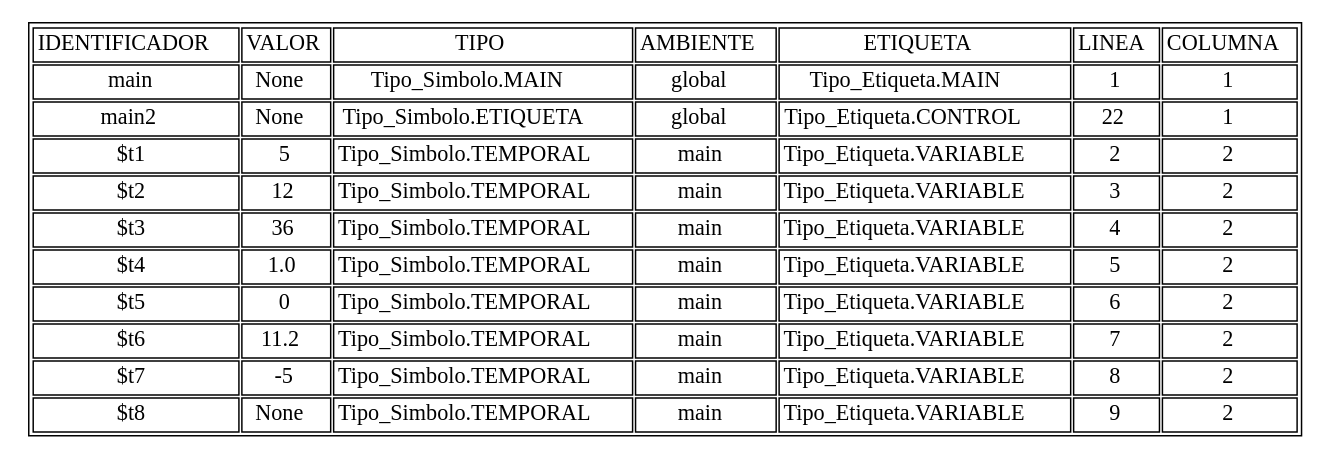
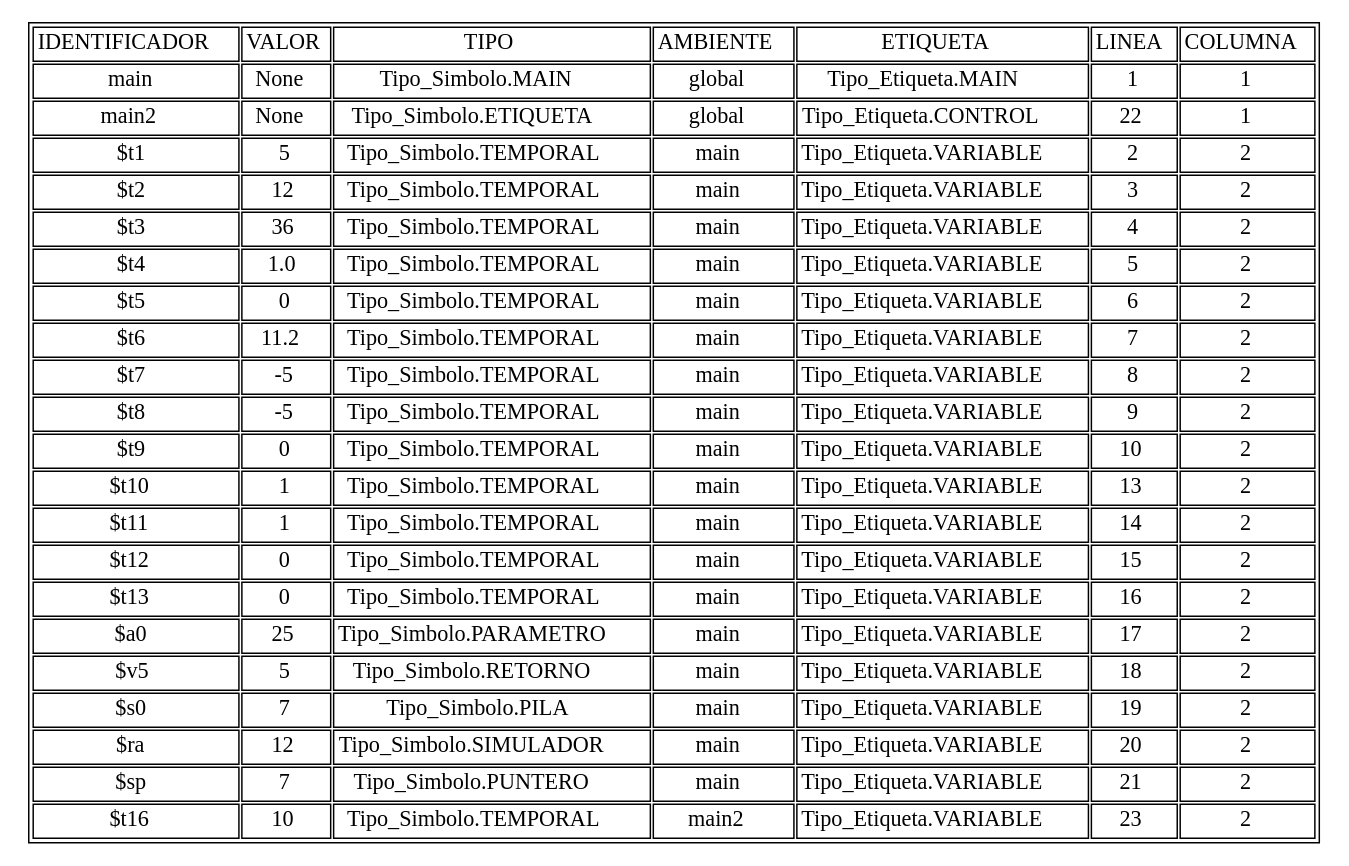
One commit to AndreeAvalos/OLC2-AUGUS changed the diagram in tablasimbolos.dot. Above: the diagram before and after it, drawn with Graphviz. The commit also changed 2 other files, not shown here.

```diff
--- a/tablasimbolos.dot
+++ b/tablasimbolos.dot
@@ -1,18 +1,29 @@
 digraph tabla{
 graph [ratio=fill];node [label="\N", fontsize=15, shape=plaintext];
 graph [bb="0,0,352,154"];
 arset [label=<<TABLE ALIGN="LEFT">
 <TR><TD>IDENTIFICADOR</TD><TD>VALOR</TD><TD>TIPO</TD><TD>AMBIENTE</TD><TD>ETIQUETA</TD><TD>LINEA</TD><TD>COLUMNA</TD></TR>
 <TR><TD>main</TD><TD>None</TD><TD>Tipo_Simbolo.MAIN</TD><TD>global</TD><TD>Tipo_Etiqueta.MAIN</TD><TD>1</TD><TD>1</TD></TR>
 <TR><TD>main2</TD><TD>None</TD><TD>Tipo_Simbolo.ETIQUETA</TD><TD>global</TD><TD>Tipo_Etiqueta.CONTROL</TD><TD>22</TD><TD>1</TD></TR>
 <TR><TD>$t1</TD><TD>5</TD><TD>Tipo_Simbolo.TEMPORAL</TD><TD>main</TD><TD>Tipo_Etiqueta.VARIABLE</TD><TD>2</TD><TD>2</TD></TR>
 <TR><TD>$t2</TD><TD>12</TD><TD>Tipo_Simbolo.TEMPORAL</TD><TD>main</TD><TD>Tipo_Etiqueta.VARIABLE</TD><TD>3</TD><TD>2</TD></TR>
 <TR><TD>$t3</TD><TD>36</TD><TD>Tipo_Simbolo.TEMPORAL</TD><TD>main</TD><TD>Tipo_Etiqueta.VARIABLE</TD><TD>4</TD><TD>2</TD></TR>
 <TR><TD>$t4</TD><TD>1.0</TD><TD>Tipo_Simbolo.TEMPORAL</TD><TD>main</TD><TD>Tipo_Etiqueta.VARIABLE</TD><TD>5</TD><TD>2</TD></TR>
 <TR><TD>$t5</TD><TD>0</TD><TD>Tipo_Simbolo.TEMPORAL</TD><TD>main</TD><TD>Tipo_Etiqueta.VARIABLE</TD><TD>6</TD><TD>2</TD></TR>
 <TR><TD>$t6</TD><TD>11.2</TD><TD>Tipo_Simbolo.TEMPORAL</TD><TD>main</TD><TD>Tipo_Etiqueta.VARIABLE</TD><TD>7</TD><TD>2</TD></TR>
 <TR><TD>$t7</TD><TD>-5</TD><TD>Tipo_Simbolo.TEMPORAL</TD><TD>main</TD><TD>Tipo_Etiqueta.VARIABLE</TD><TD>8</TD><TD>2</TD></TR>
-<TR><TD>$t8</TD><TD>None</TD><TD>Tipo_Simbolo.TEMPORAL</TD><TD>main</TD><TD>Tipo_Etiqueta.VARIABLE</TD><TD>9</TD><TD>2</TD></TR>
+<TR><TD>$t8</TD><TD>-5</TD><TD>Tipo_Simbolo.TEMPORAL</TD><TD>main</TD><TD>Tipo_Etiqueta.VARIABLE</TD><TD>9</TD><TD>2</TD></TR>
+<TR><TD>$t9</TD><TD>0</TD><TD>Tipo_Simbolo.TEMPORAL</TD><TD>main</TD><TD>Tipo_Etiqueta.VARIABLE</TD><TD>10</TD><TD>2</TD></TR>
+<TR><TD>$t10</TD><TD>1</TD><TD>Tipo_Simbolo.TEMPORAL</TD><TD>main</TD><TD>Tipo_Etiqueta.VARIABLE</TD><TD>13</TD><TD>2</TD></TR>
+<TR><TD>$t11</TD><TD>1</TD><TD>Tipo_Simbolo.TEMPORAL</TD><TD>main</TD><TD>Tipo_Etiqueta.VARIABLE</TD><TD>14</TD><TD>2</TD></TR>
+<TR><TD>$t12</TD><TD>0</TD><TD>Tipo_Simbolo.TEMPORAL</TD><TD>main</TD><TD>Tipo_Etiqueta.VARIABLE</TD><TD>15</TD><TD>2</TD></TR>
+<TR><TD>$t13</TD><TD>0</TD><TD>Tipo_Simbolo.TEMPORAL</TD><TD>main</TD><TD>Tipo_Etiqueta.VARIABLE</TD><TD>16</TD><TD>2</TD></TR>
+<TR><TD>$a0</TD><TD>25</TD><TD>Tipo_Simbolo.PARAMETRO</TD><TD>main</TD><TD>Tipo_Etiqueta.VARIABLE</TD><TD>17</TD><TD>2</TD></TR>
+<TR><TD>$v5</TD><TD>5</TD><TD>Tipo_Simbolo.RETORNO</TD><TD>main</TD><TD>Tipo_Etiqueta.VARIABLE</TD><TD>18</TD><TD>2</TD></TR>
+<TR><TD>$s0</TD><TD>7</TD><TD>Tipo_Simbolo.PILA</TD><TD>main</TD><TD>Tipo_Etiqueta.VARIABLE</TD><TD>19</TD><TD>2</TD></TR>
+<TR><TD>$ra</TD><TD>12</TD><TD>Tipo_Simbolo.SIMULADOR</TD><TD>main</TD><TD>Tipo_Etiqueta.VARIABLE</TD><TD>20</TD><TD>2</TD></TR>
+<TR><TD>$sp</TD><TD>7</TD><TD>Tipo_Simbolo.PUNTERO</TD><TD>main</TD><TD>Tipo_Etiqueta.VARIABLE</TD><TD>21</TD><TD>2</TD></TR>
+<TR><TD>$t16</TD><TD>10</TD><TD>Tipo_Simbolo.TEMPORAL</TD><TD>main2</TD><TD>Tipo_Etiqueta.VARIABLE</TD><TD>23</TD><TD>2</TD></TR>
 </TABLE>
 >, ];
 }
```
